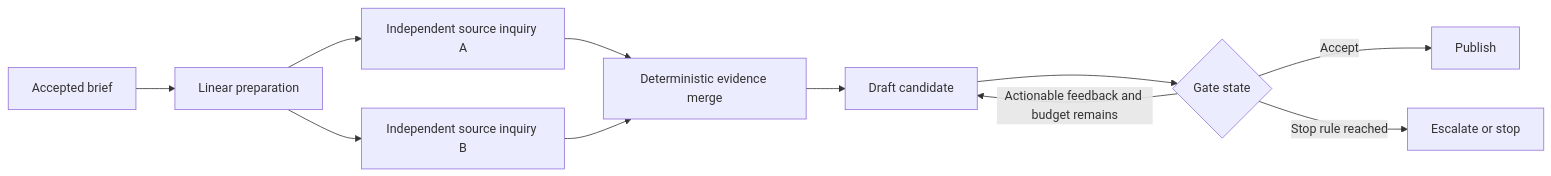
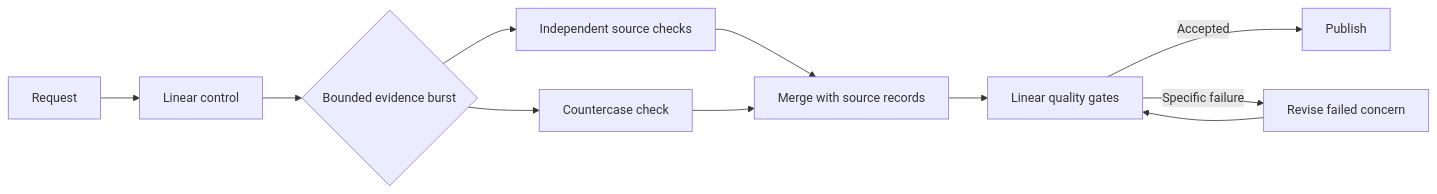
The third of 3 diagrams in src/drafts/df3f4646.md (Herbertcuba/herbertcuba-personal-blog), drawn with Mermaid before and after one commit. The commit also changed other lines of this file, not shown here.

Commit message:
draft(t_3af0b546): Use a Pipeline Until the Work Proves It Needs a Graph

````diff
--- a/src/drafts/df3f4646.md
+++ b/src/drafts/df3f4646.md
@@ -70,13 +66,13 @@
 ```mermaid
 flowchart LR
-    A["Accepted brief"] --> B["Linear preparation"]
-    B --> C1["Independent source inquiry A"]
-    B --> C2["Independent source inquiry B"]
-    C1 --> M["Deterministic evidence merge"]
-    C2 --> M
-    M --> D["Draft candidate"]
-    D --> G{"Gate state"}
-    G -->|Accept| P["Publish"]
-    G -->|Actionable feedback and budget remains| D
-    G -->|Stop rule reached| S["Escalate or stop"]
+    A[Request] --> B[Linear control]
+    B --> C{Bounded evidence burst}
+    C --> D[Independent source checks]
+    C --> E[Countercase check]
+    D --> F[Merge with source records]
+    E --> F
+    F --> G[Linear quality gates]
+    G -->|Accepted| H[Publish]
+    G -->|Specific failure| I[Revise failed concern]
+    I --> G
 ```
````
